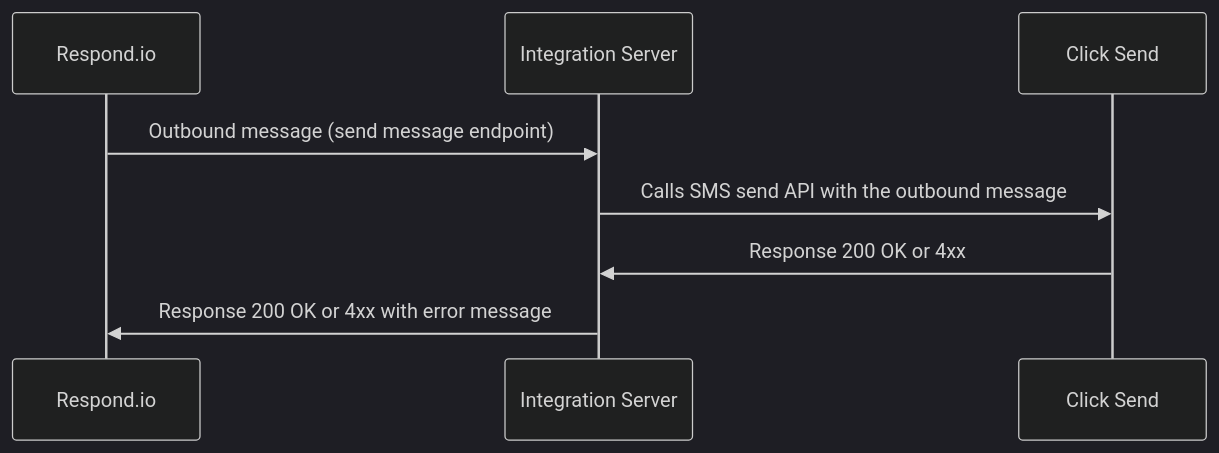
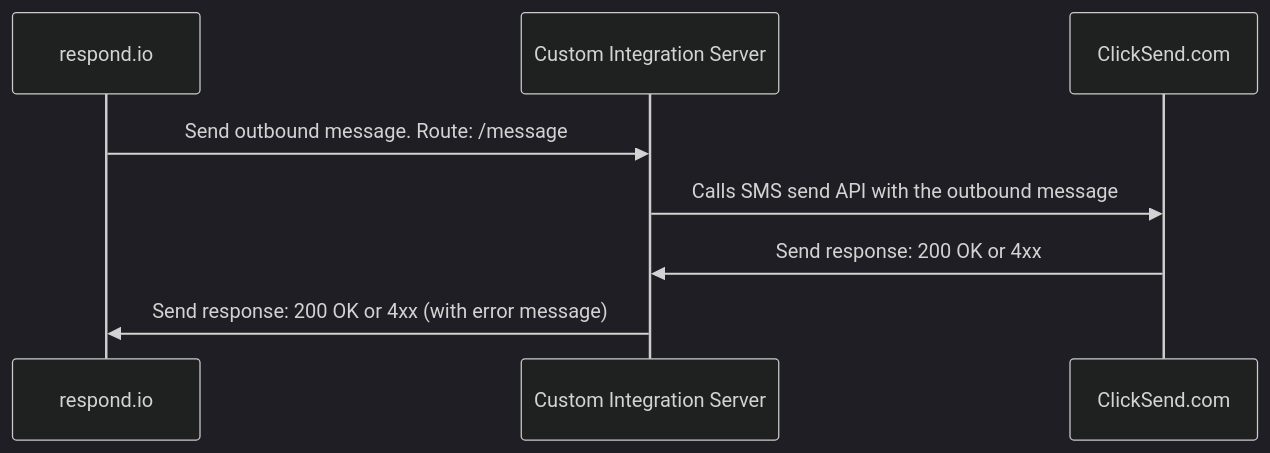
One commit to respond-io/custom-channel-integration-example changed the first of 2 diagrams in README.md. Above: the diagram before and after it, drawn with Mermaid (dark theme). The commit also changed other lines of this file, not shown here.

````diff
--- a/README.md
+++ b/README.md
@@ -18,11 +29,11 @@
 ```mermaid
 sequenceDiagram
-    participant Respond.io
-    participant Integration Server
-    participant Click Send
-    Respond.io->>Integration Server: Outbound message (send message endpoint)
-    Integration Server->>Click Send: Calls SMS send API with the outbound message
-    Click Send->>Integration Server: Response 200 OK or 4xx
-    Integration Server->>Respond.io: Response 200 OK or 4xx with error message
+    participant respond.io
+    participant Custom Integration Server
+    participant ClickSend.com
+    respond.io ->> Custom Integration Server: Send outbound message. Route: /message
+    Custom Integration Server->> ClickSend.com: Calls SMS send API with the outbound message
+    ClickSend.com ->> Custom Integration Server: Send response: 200 OK or 4xx
+    Custom Integration Server ->> respond.io: Send response: 200 OK or 4xx (with error message)
     
 ```
````
